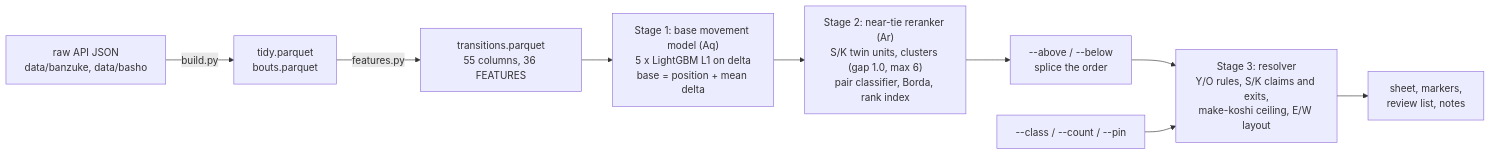
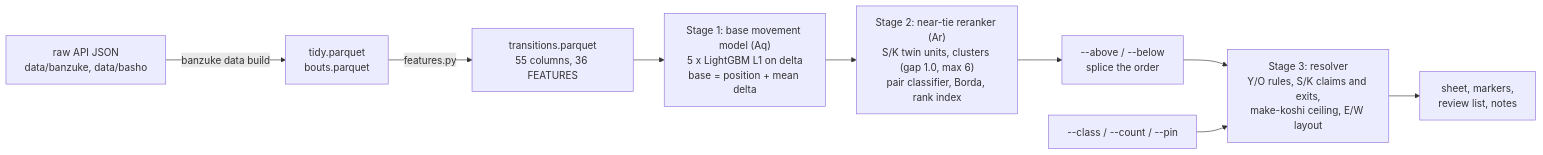
One commit to cheeseandcereal/sumo-banzuke-predictor changed the first of 3 diagrams in docs/MODEL.md. Above: the diagram before and after it, drawn with Mermaid. The commit also changed other lines of this file and 4 other files, not shown here.

````diff
--- a/docs/MODEL.md
+++ b/docs/MODEL.md
@@ -57,11 +57,11 @@
 ```mermaid
 flowchart LR
-    raw["raw API JSON<br/>data/banzuke, data/basho"] -->|"build.py"| tidy["tidy.parquet<br/>bouts.parquet"]
+    raw["raw API JSON<br/>data/banzuke, data/basho"] -->|"banzuke data build"| tidy["tidy.parquet<br/>bouts.parquet"]
     tidy -->|"features.py"| trans["transitions.parquet<br/>55 columns, 36 FEATURES"]
     trans --> base["Stage 1: base movement model (Aq)<br/>5 x LightGBM L1 on delta<br/>base = position + mean delta"]
     base --> rerank["Stage 2: near-tie reranker (Ar)<br/>S/K twin units, clusters (gap 1.0, max 6)<br/>pair classifier, Borda, rank index"]
     rerank --> splice["--above / --below<br/>splice the order"]
     splice --> resolver["Stage 3: resolver<br/>Y/O rules, S/K claims and exits,<br/>make-koshi ceiling, E/W layout"]
     structural["--class / --count / --pin"] --> resolver
     resolver --> out["sheet, markers,<br/>review list, notes"]
 ```
````
